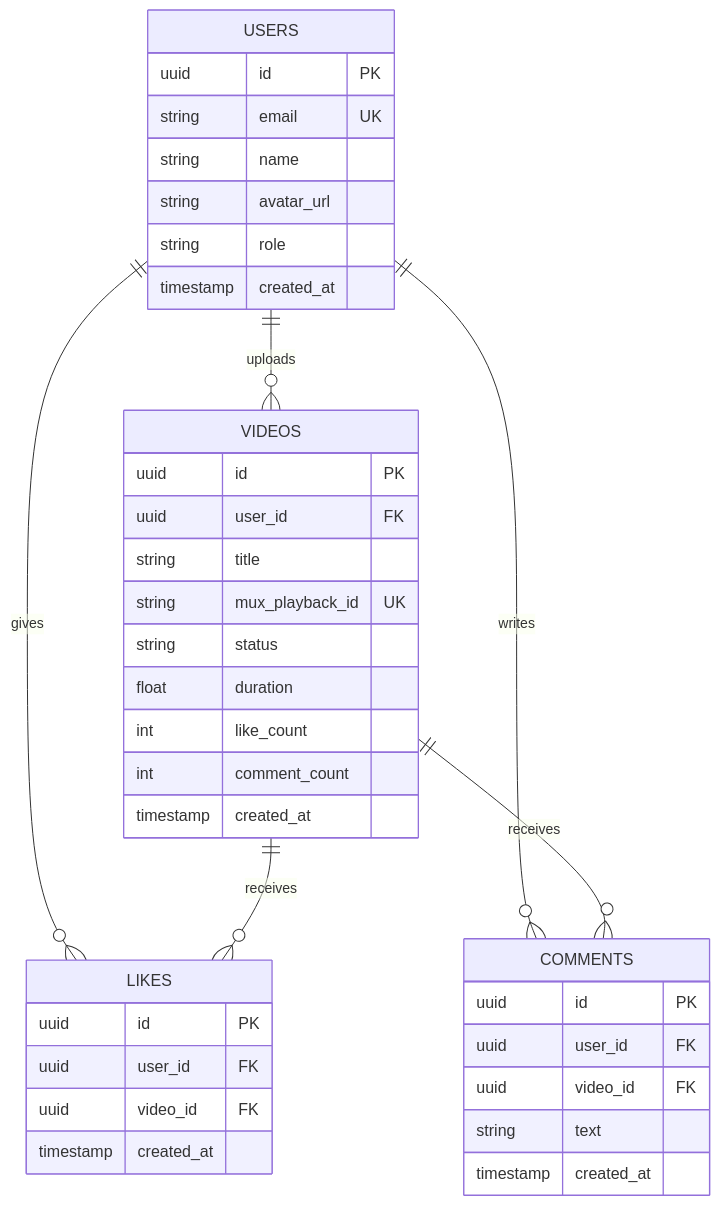
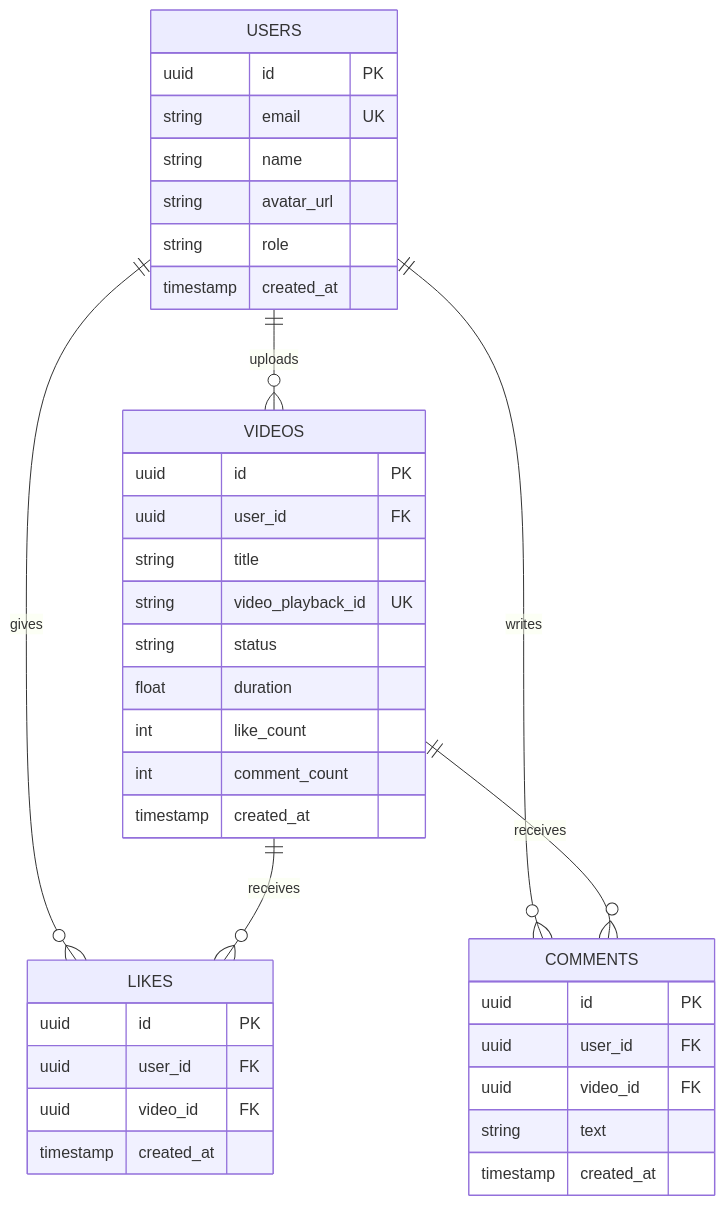
The seventh of 8 diagrams in specs/architecture.md (ShellyDCMS/DellClips), drawn with Mermaid before and after one commit. The commit also changed other lines of this file, not shown here.

Commit message:
update architecture document with free-tier cost optimization, vendor-neutral naming, Cloudflare Stream migration, and expanded video storage infrastructure details

````diff
--- a/specs/architecture.md
+++ b/specs/architecture.md
@@ -442,44 +512,44 @@
 ```mermaid
 erDiagram
     USERS ||--o{ VIDEOS : uploads
     USERS ||--o{ LIKES : gives
     USERS ||--o{ COMMENTS : writes
     VIDEOS ||--o{ LIKES : receives
     VIDEOS ||--o{ COMMENTS : receives
 
     USERS {
         uuid id PK
         string email UK
         string name
         string avatar_url
         string role
         timestamp created_at
     }
 
     VIDEOS {
         uuid id PK
         uuid user_id FK
         string title
-        string mux_playback_id UK
+        string video_playback_id UK
         string status
         float duration
         int like_count
         int comment_count
         timestamp created_at
     }
 
     LIKES {
         uuid id PK
         uuid user_id FK
         uuid video_id FK
         timestamp created_at
     }
 
     COMMENTS {
         uuid id PK
         uuid user_id FK
         uuid video_id FK
         string text
         timestamp created_at
     }
 ```
````
